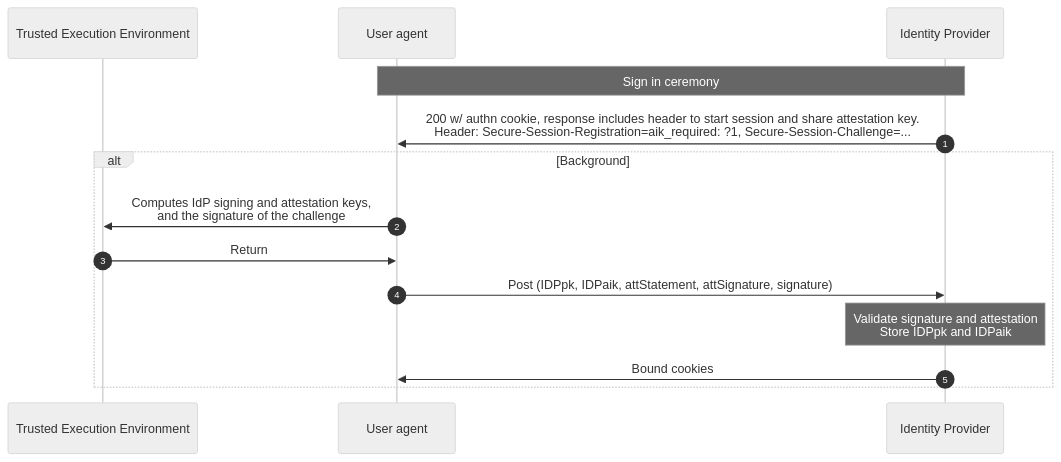
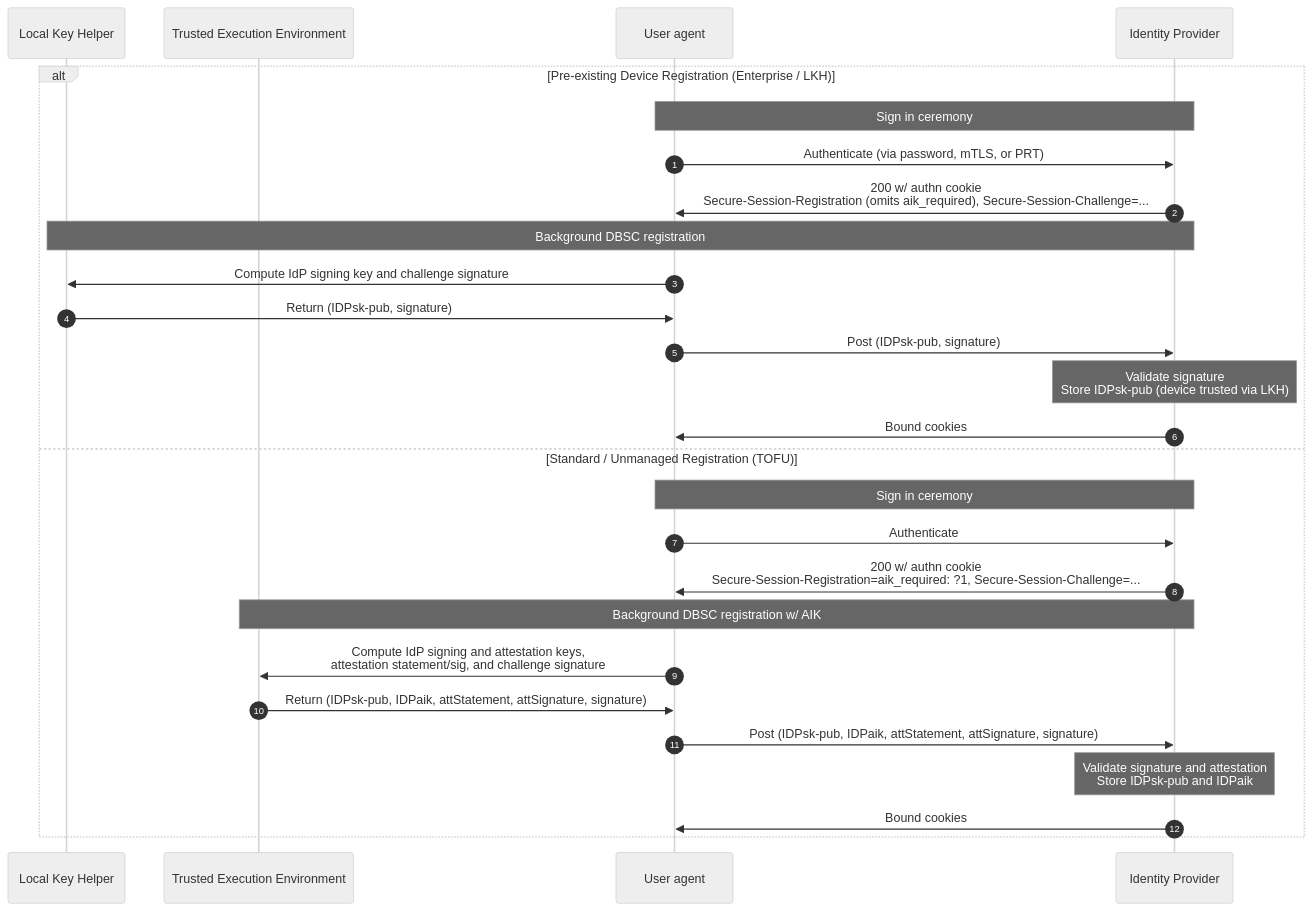
The third of 4 diagrams in README.md (WICG/dbsc-sso), drawn with Mermaid (neutral theme) before and after one commit. The commit also changed other lines of this file, not shown here.

````diff
--- a/README.md
+++ b/README.md
@@ -238,20 +239,34 @@
 ```mermaid
 sequenceDiagram
 	autonumber
 	
+	participant l as Local Key Helper
 	participant t as Trusted Execution Environment
 	participant u as User agent
 	participant i as Identity Provider
 	
-	note  over  u, i: Sign in ceremony
-	i->>u: 200 w/ authn cookie, response includes header to start session and share attestation key.<br>Header: Secure-Session-Registration=aik_required: ?1, Secure-Session-Challenge=...
+	alt Pre-existing Device Registration (Enterprise / LKH)
+		note over u, i: Sign in ceremony
+		u->>i: Authenticate (via password, mTLS, or PRT)
+		i->>u: 200 w/ authn cookie<br>Secure-Session-Registration (omits aik_required), Secure-Session-Challenge=...
 
-	alt  Background
-		u->>t: Computes IdP signing and attestation keys,<br>and the signature of the challenge
-		t->>u: Return
-		u->>i: Post (IDPpk, IDPaik, attStatement, attSignature, signature)
-		
-		note  over  i: Validate signature and attestation<br>Store IDPpk and IDPaik
+		note over i, l: Background DBSC registration
+		u->>l: Compute IdP signing key and challenge signature
+		l->>u: Return (IDPsk-pub, signature)
+		u->>i: Post (IDPsk-pub, signature)
+		note over i: Validate signature<br>Store IDPsk-pub (device trusted via LKH)
+		i->>u: Bound cookies
+
+	else Standard / Unmanaged Registration (TOFU)
+		note over u, i: Sign in ceremony
+		u->>i: Authenticate
+		i->>u: 200 w/ authn cookie<br>Secure-Session-Registration=aik_required: ?1, Secure-Session-Challenge=...
+
+		note over i, t: Background DBSC registration w/ AIK
+		u->>t: Compute IdP signing and attestation keys,<br>attestation statement/sig, and challenge signature
+		t->>u: Return (IDPsk-pub, IDPaik, attStatement, attSignature, signature)
+		u->>i: Post (IDPsk-pub, IDPaik, attStatement, attSignature, signature)
+		note over i: Validate signature and attestation<br>Store IDPsk-pub and IDPaik
 		i->>u: Bound cookies
 	end
 ```
````
